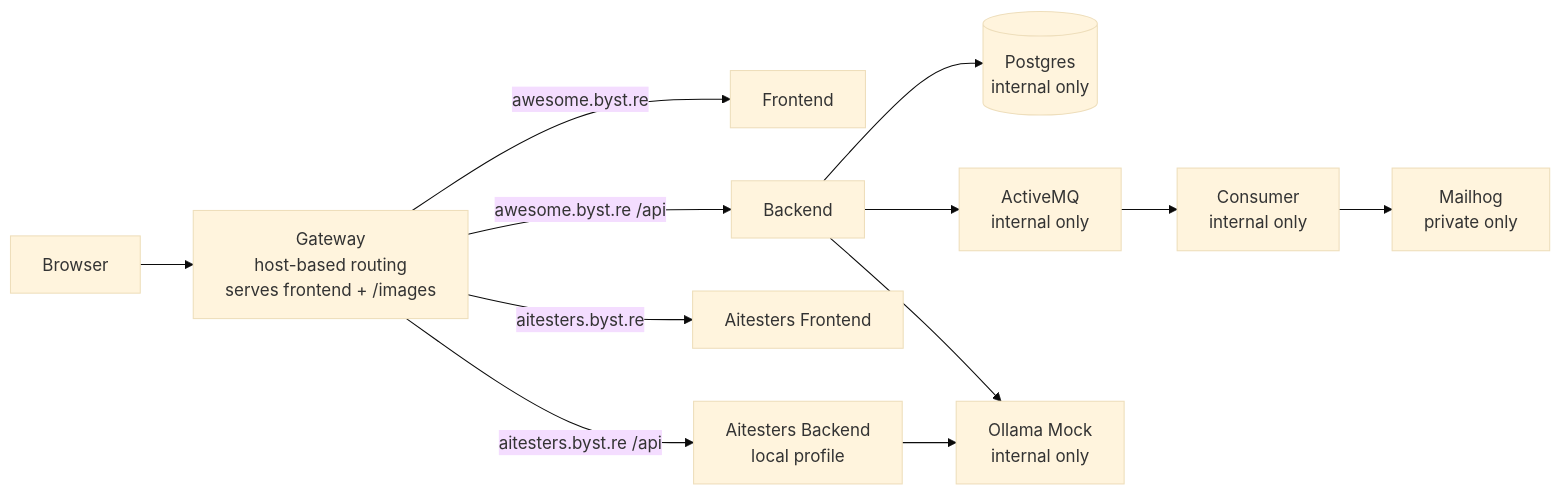
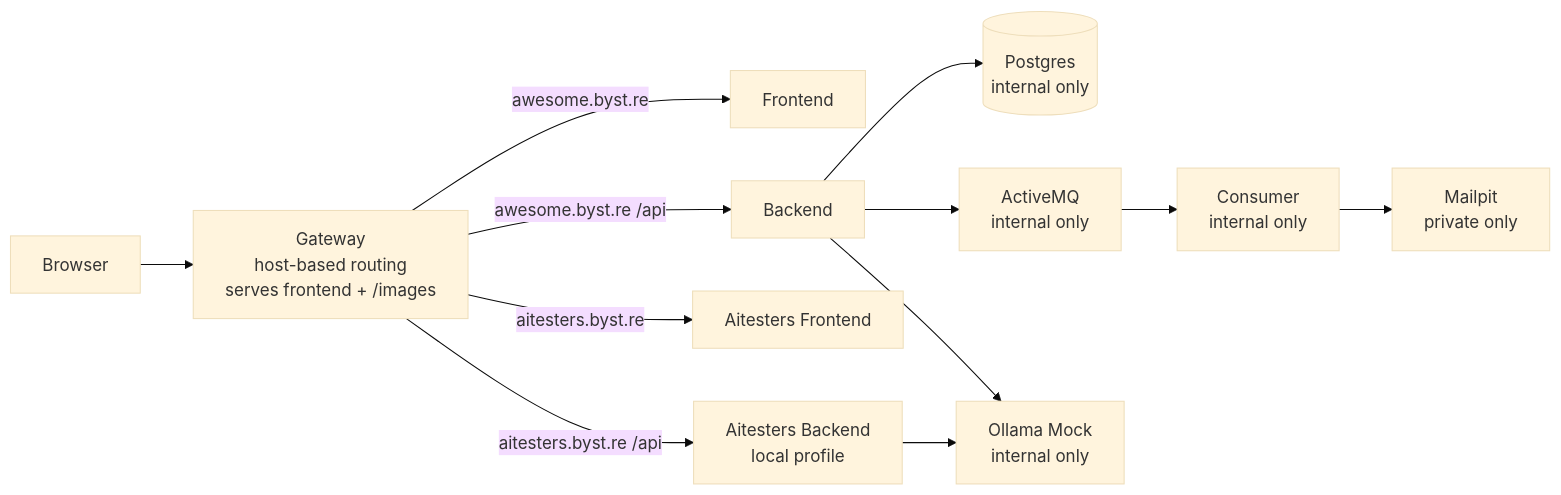
Before and after one commit to slawekradzyminski/awesome-localstack: the third of 3 diagrams in README.md, drawn with Mermaid (base theme). The commit also changed other lines of this file and 10 other files, not shown here.

````diff
--- a/README.md
+++ b/README.md
@@ -337,26 +337,26 @@
 ```mermaid
 flowchart LR
     U[Browser]
     G[Gateway<br/>host-based routing<br/>serves frontend + /images]
     F[Frontend]
     B[Backend]
     AF[Aitesters Frontend]
     AB[Aitesters Backend<br/>local profile]
     DB[(Postgres<br/>internal only)]
     MQ[ActiveMQ<br/>internal only]
     C[Consumer<br/>internal only]
-    M[Mailhog<br/>private only]
+    M[Mailpit<br/>private only]
     O[Ollama Mock<br/>internal only]
 
     U --> G
     G -->|awesome.byst.re| F
     G -->|awesome.byst.re /api| B
     G -->|aitesters.byst.re| AF
     G -->|aitesters.byst.re /api| AB
     B --> DB
     B --> MQ
     MQ --> C
     C --> M
     B --> O
     AB --> O
 ```
````
